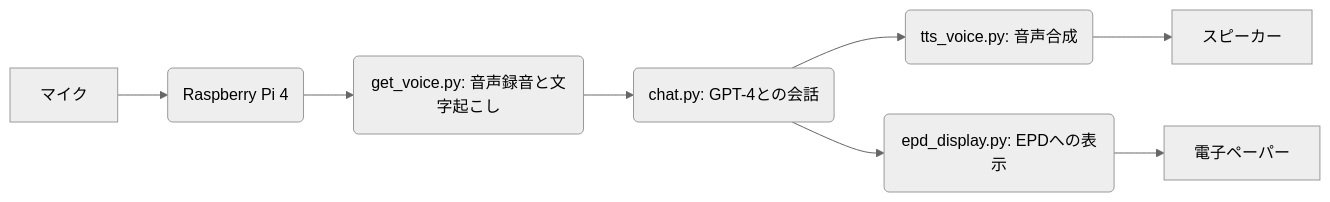
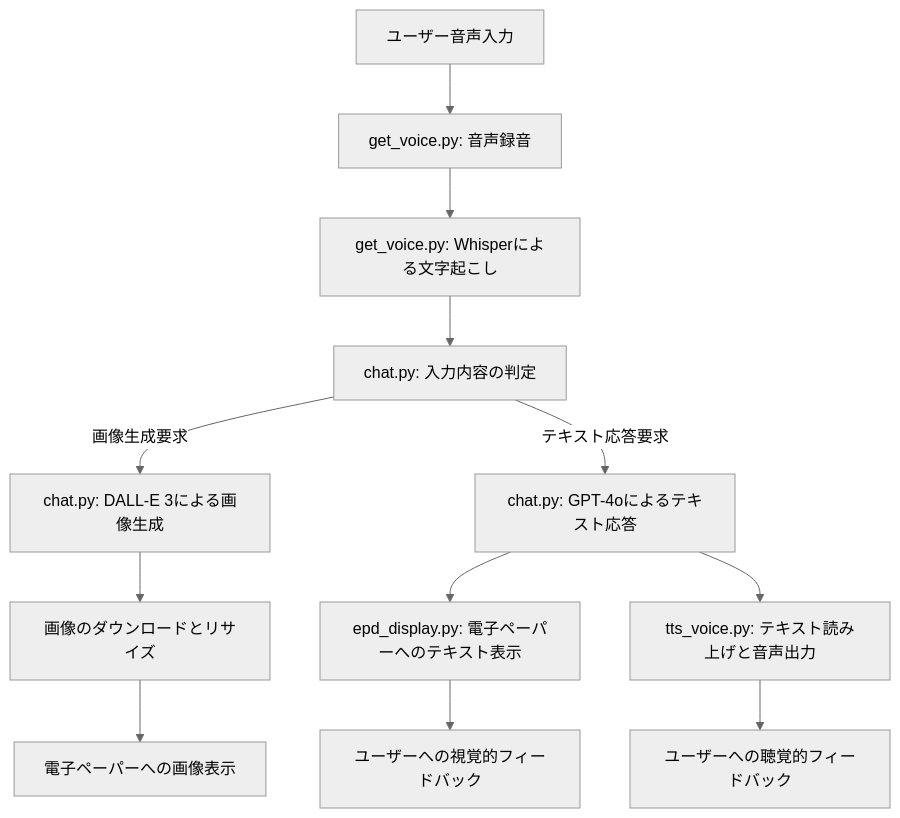
The diagram in README.md (ym-dskr/auto_speaker), drawn with Mermaid (neutral theme) before and after one commit. The commit also changed other lines of this file and 4 other files, not shown here.

````diff
--- a/README.md
+++ b/README.md
@@ -26,10 +77,14 @@
 ```mermaid
-graph LR
-    A[マイク] --> B(Raspberry Pi 4);
-    B --> C(get_voice.py: 音声録音と文字起こし);
-    C --> D(chat.py: GPT-4との会話);
-    D --> E(tts_voice.py: 音声合成);
-    D --> F(epd_display.py: EPDへの表示);
-    E --> G[スピーカー];
-    F --> H[電子ペーパー];
+graph TD
+    A[ユーザー音声入力] --> B[get_voice.py: 音声録音]
+    B --> C[get_voice.py: Whisperによる文字起こし]
+    C --> D[chat.py: 入力内容の判定]
+    D -->|画像生成要求| E[chat.py: DALL-E 3による画像生成]
+    D -->|テキスト応答要求| F[chat.py: GPT-4oによるテキスト応答]
+    E --> G[画像のダウンロードとリサイズ]
+    G --> H[電子ペーパーへの画像表示]
+    F --> I[epd_display.py: 電子ペーパーへのテキスト表示]
+    F --> J[tts_voice.py: テキスト読み上げと音声出力]
+    I --> K[ユーザーへの視覚的フィードバック]
+    J --> L[ユーザーへの聴覚的フィードバック]
 ```
````
